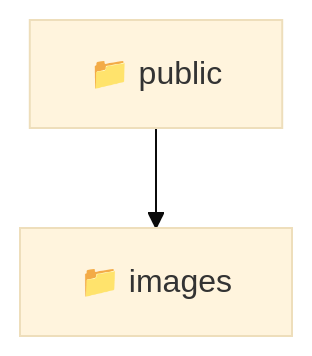
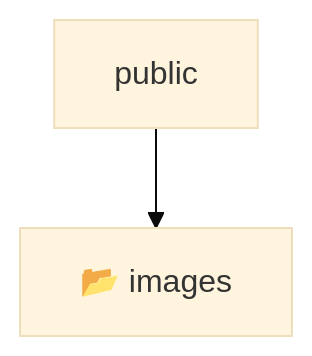
One commit to beginwebdev2002/fullstack-mavluda changed the diagram in frontend/public/README.md. Above: the diagram before and after it, drawn with Mermaid (base theme). The commit also changed other lines of this file and 155 other files, not shown here.

````diff
--- a/frontend/public/README.md
+++ b/frontend/public/README.md
@@ -9,5 +14,5 @@
 ```mermaid
 graph TD
-  public[📁 public]
-  public --> public_images[📁 images]
+    Root[public]
+    Root --> F0[📂 images]
 ```
````
